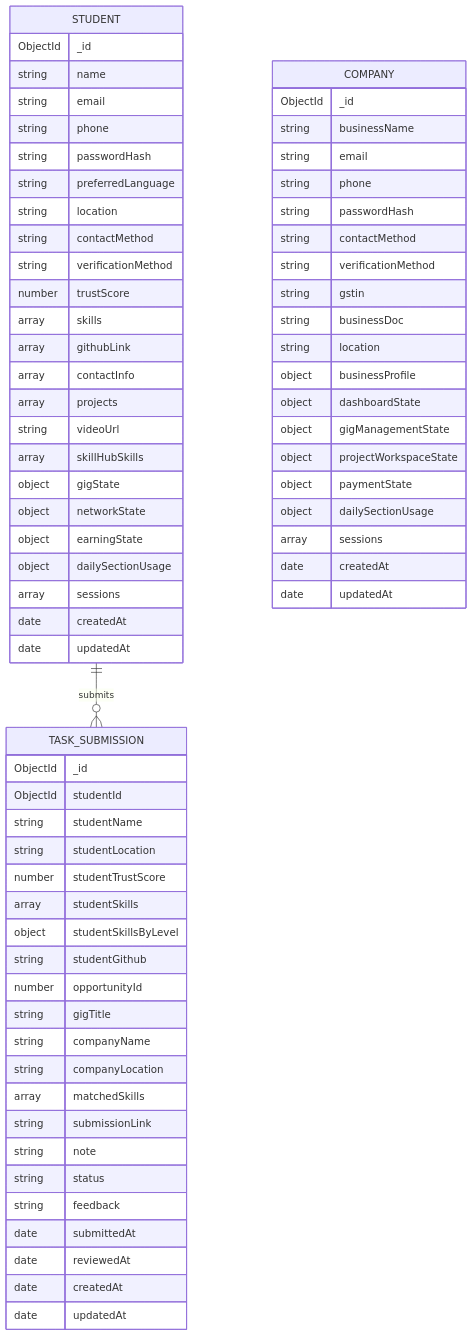
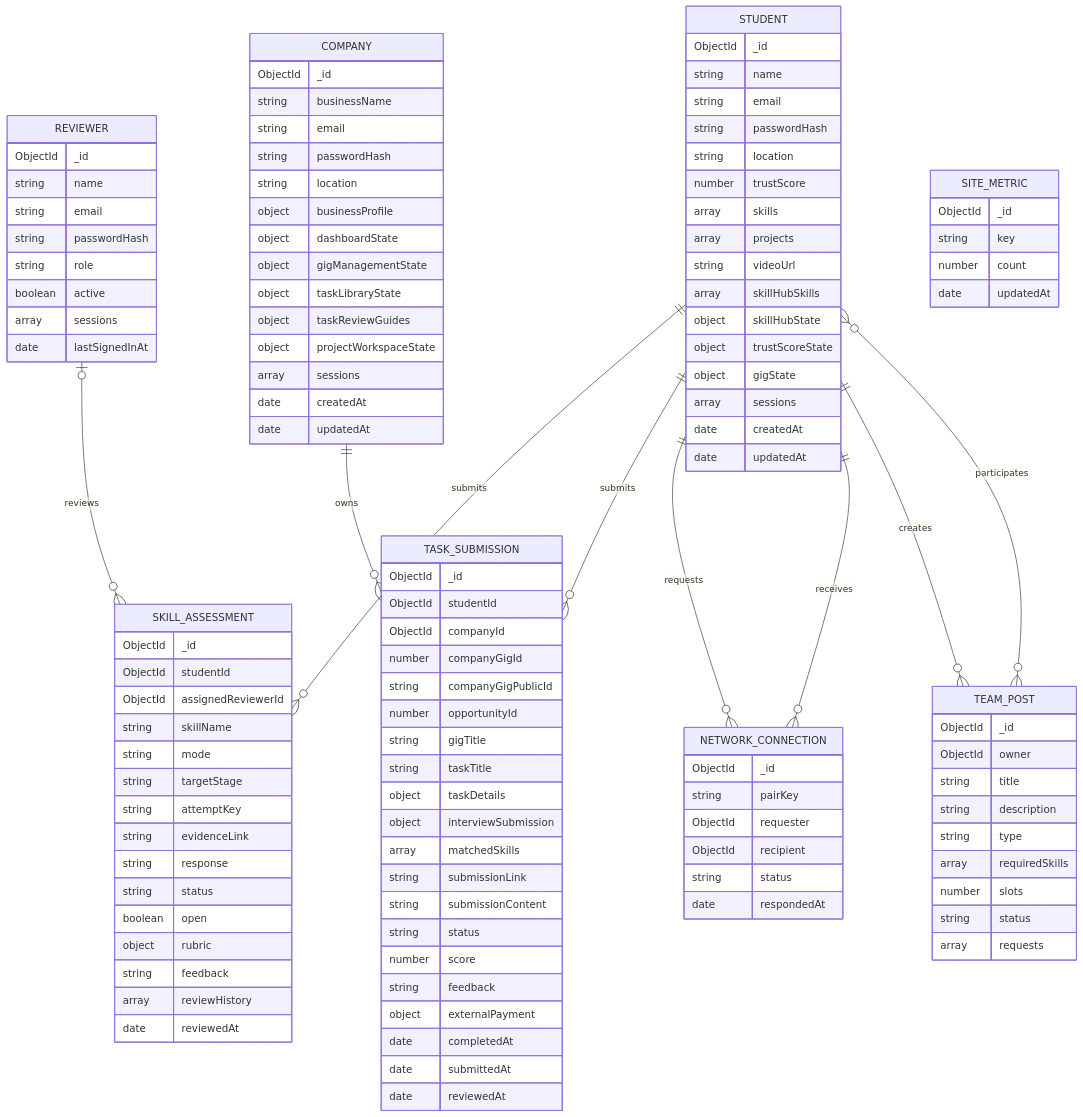
The fourth of 4 diagrams in README.md (debarghya131/SkillBridge), drawn with Mermaid before and after one commit. The commit also changed other lines of this file and 173 other files, not shown here.

````diff
--- a/README.md
+++ b/README.md
@@ -363,28 +562,28 @@
 ```mermaid
 erDiagram
+    STUDENT ||--o{ SKILL_ASSESSMENT : submits
+    REVIEWER o|--o{ SKILL_ASSESSMENT : reviews
     STUDENT ||--o{ TASK_SUBMISSION : submits
+    COMPANY ||--o{ TASK_SUBMISSION : owns
+    STUDENT ||--o{ NETWORK_CONNECTION : requests
+    STUDENT ||--o{ NETWORK_CONNECTION : receives
+    STUDENT ||--o{ TEAM_POST : creates
+    STUDENT }o--o{ TEAM_POST : participates
 
     STUDENT {
         ObjectId _id
         string name
         string email
-        string phone
         string passwordHash
-        string preferredLanguage
         string location
-        string contactMethod
-        string verificationMethod
         number trustScore
         array skills
-        array githubLink
-        array contactInfo
         array projects
         string videoUrl
         array skillHubSkills
+        object skillHubState
+        object trustScoreState
         object gigState
-        object networkState
-        object earningState
-        object dailySectionUsage
         array sessions
         date createdAt
         date updatedAt
@@ -394,45 +593,96 @@
         ObjectId _id
         string businessName
         string email
-        string phone
         string passwordHash
-        string contactMethod
-        string verificationMethod
-        string gstin
-        string businessDoc
         string location
         object businessProfile
         object dashboardState
         object gigManagementState
+        object taskLibraryState
+        object taskReviewGuides
         object projectWorkspaceState
-        object paymentState
-        object dailySectionUsage
         array sessions
         date createdAt
         date updatedAt
     }
 
+    REVIEWER {
+        ObjectId _id
+        string name
+        string email
+        string passwordHash
+        string role
+        boolean active
+        array sessions
+        date lastSignedInAt
+    }
+
+    SKILL_ASSESSMENT {
+        ObjectId _id
+        ObjectId studentId
+        ObjectId assignedReviewerId
+        string skillName
+        string mode
+        string targetStage
+        string attemptKey
+        string evidenceLink
+        string response
+        string status
+        boolean open
+        object rubric
+        string feedback
+        array reviewHistory
+        date reviewedAt
+    }
+
     TASK_SUBMISSION {
         ObjectId _id
         ObjectId studentId
-        string studentName
-        string studentLocation
-        number studentTrustScore
-        array studentSkills
-        object studentSkillsByLevel
-        string studentGithub
+        ObjectId companyId
+        number companyGigId
+        string companyGigPublicId
         number opportunityId
         string gigTitle
-        string companyName
-        string companyLocation
+        string taskTitle
+        object taskDetails
+        object interviewSubmission
         array matchedSkills
         string submissionLink
-        string note
+        string submissionContent
         string status
+        number score
         string feedback
+        object externalPayment
+        date completedAt
         date submittedAt
         date reviewedAt
-        date createdAt
+    }
+
+    NETWORK_CONNECTION {
+        ObjectId _id
+        string pairKey
+        ObjectId requester
+        ObjectId recipient
+        string status
+        date respondedAt
+    }
+
+    TEAM_POST {
+        ObjectId _id
+        ObjectId owner
+        string title
+        string description
+        string type
+        array requiredSkills
+        number slots
+        string status
+        array requests
+    }
+
+    SITE_METRIC {
+        ObjectId _id
+        string key
+        number count
         date updatedAt
     }
 ```
````
